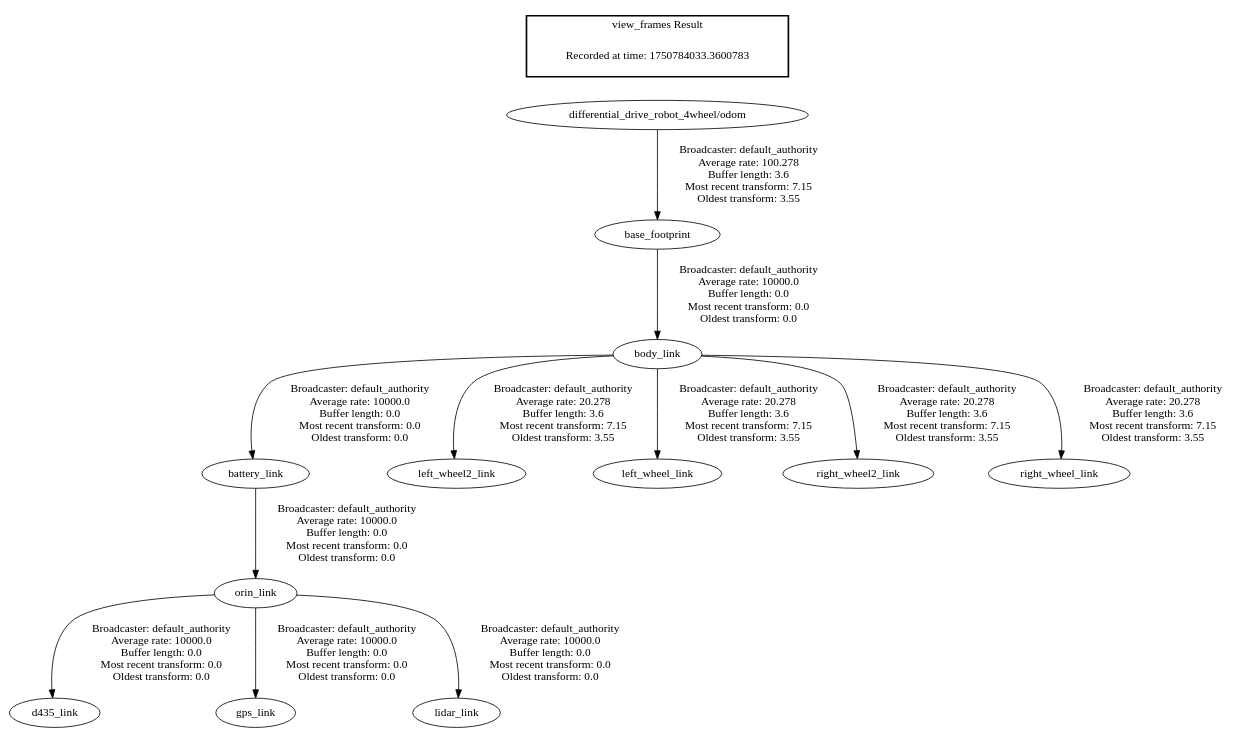
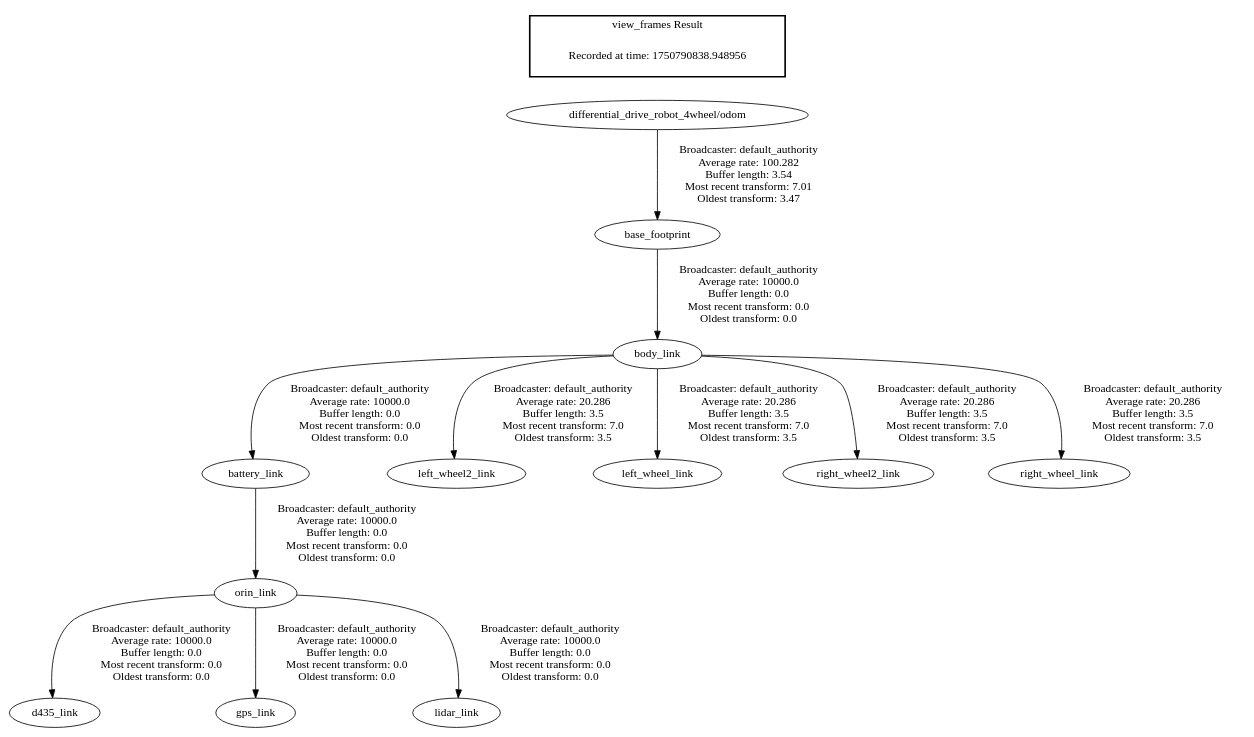
One commit to StuartGJohnson/differential_drive_test changed the diagram in sim_check/gazebo/frames_gazebo.gv. Above: the diagram before and after it, drawn with Graphviz. The commit also changed 72 other files, not shown here.

```diff
--- a/sim_check/gazebo/frames_gazebo.gv
+++ b/sim_check/gazebo/frames_gazebo.gv
@@ -1,17 +1,17 @@
 digraph G {
-"differential_drive_robot_4wheel/odom" -> "base_footprint"[label=" Broadcaster: default_authority\nAverage rate: 100.278\nBuffer length: 3.6\nMost recent transform: 7.15\nOldest transform: 3.55\n"];
+"differential_drive_robot_4wheel/odom" -> "base_footprint"[label=" Broadcaster: default_authority\nAverage rate: 100.282\nBuffer length: 3.54\nMost recent transform: 7.01\nOldest transform: 3.47\n"];
 "base_footprint" -> "body_link"[label=" Broadcaster: default_authority\nAverage rate: 10000.0\nBuffer length: 0.0\nMost recent transform: 0.0\nOldest transform: 0.0\n"];
 "body_link" -> "battery_link"[label=" Broadcaster: default_authority\nAverage rate: 10000.0\nBuffer length: 0.0\nMost recent transform: 0.0\nOldest transform: 0.0\n"];
 "orin_link" -> "d435_link"[label=" Broadcaster: default_authority\nAverage rate: 10000.0\nBuffer length: 0.0\nMost recent transform: 0.0\nOldest transform: 0.0\n"];
 "battery_link" -> "orin_link"[label=" Broadcaster: default_authority\nAverage rate: 10000.0\nBuffer length: 0.0\nMost recent transform: 0.0\nOldest transform: 0.0\n"];
 "orin_link" -> "gps_link"[label=" Broadcaster: default_authority\nAverage rate: 10000.0\nBuffer length: 0.0\nMost recent transform: 0.0\nOldest transform: 0.0\n"];
 "orin_link" -> "lidar_link"[label=" Broadcaster: default_authority\nAverage rate: 10000.0\nBuffer length: 0.0\nMost recent transform: 0.0\nOldest transform: 0.0\n"];
-"body_link" -> "left_wheel2_link"[label=" Broadcaster: default_authority\nAverage rate: 20.278\nBuffer length: 3.6\nMost recent transform: 7.15\nOldest transform: 3.55\n"];
-"body_link" -> "left_wheel_link"[label=" Broadcaster: default_authority\nAverage rate: 20.278\nBuffer length: 3.6\nMost recent transform: 7.15\nOldest transform: 3.55\n"];
-"body_link" -> "right_wheel2_link"[label=" Broadcaster: default_authority\nAverage rate: 20.278\nBuffer length: 3.6\nMost recent transform: 7.15\nOldest transform: 3.55\n"];
-"body_link" -> "right_wheel_link"[label=" Broadcaster: default_authority\nAverage rate: 20.278\nBuffer length: 3.6\nMost recent transform: 7.15\nOldest transform: 3.55\n"];
+"body_link" -> "left_wheel2_link"[label=" Broadcaster: default_authority\nAverage rate: 20.286\nBuffer length: 3.5\nMost recent transform: 7.0\nOldest transform: 3.5\n"];
+"body_link" -> "left_wheel_link"[label=" Broadcaster: default_authority\nAverage rate: 20.286\nBuffer length: 3.5\nMost recent transform: 7.0\nOldest transform: 3.5\n"];
+"body_link" -> "right_wheel2_link"[label=" Broadcaster: default_authority\nAverage rate: 20.286\nBuffer length: 3.5\nMost recent transform: 7.0\nOldest transform: 3.5\n"];
+"body_link" -> "right_wheel_link"[label=" Broadcaster: default_authority\nAverage rate: 20.286\nBuffer length: 3.5\nMost recent transform: 7.0\nOldest transform: 3.5\n"];
 edge [style=invis];
  subgraph cluster_legend { style=bold; color=black; label ="view_frames Result";
-"Recorded at time: 1750784033.3600783"[ shape=plaintext ] ;
+"Recorded at time: 1750790838.948956"[ shape=plaintext ] ;
 }->"differential_drive_robot_4wheel/odom";
 }
```
